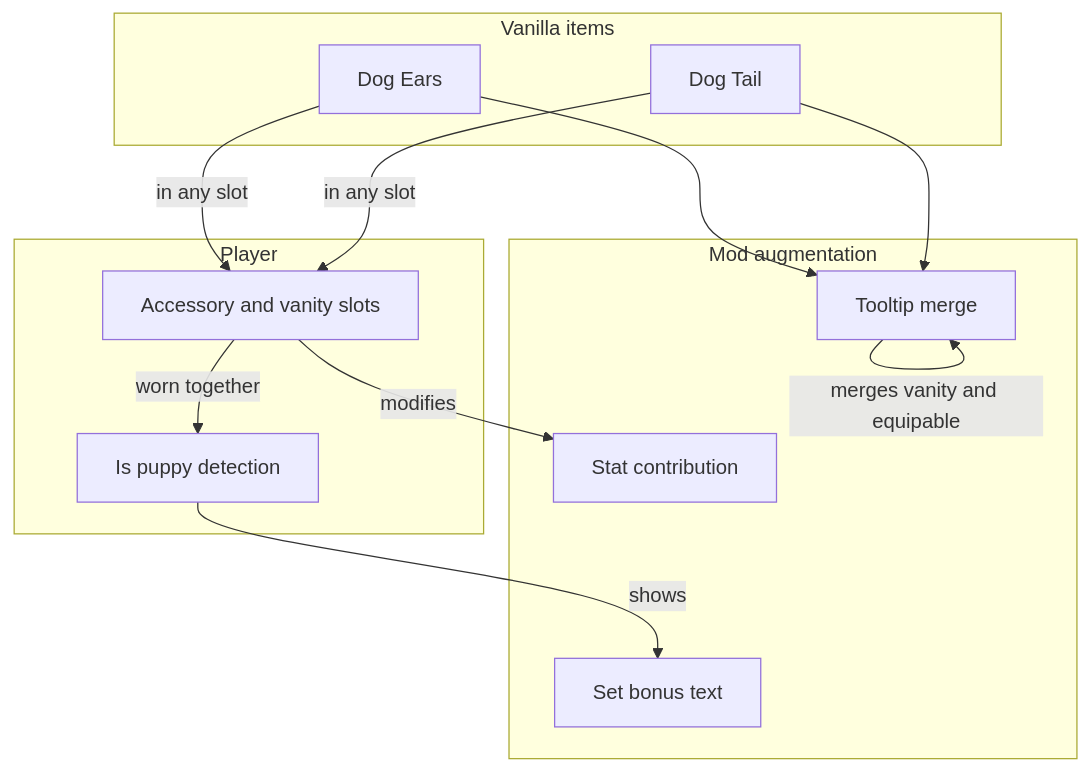
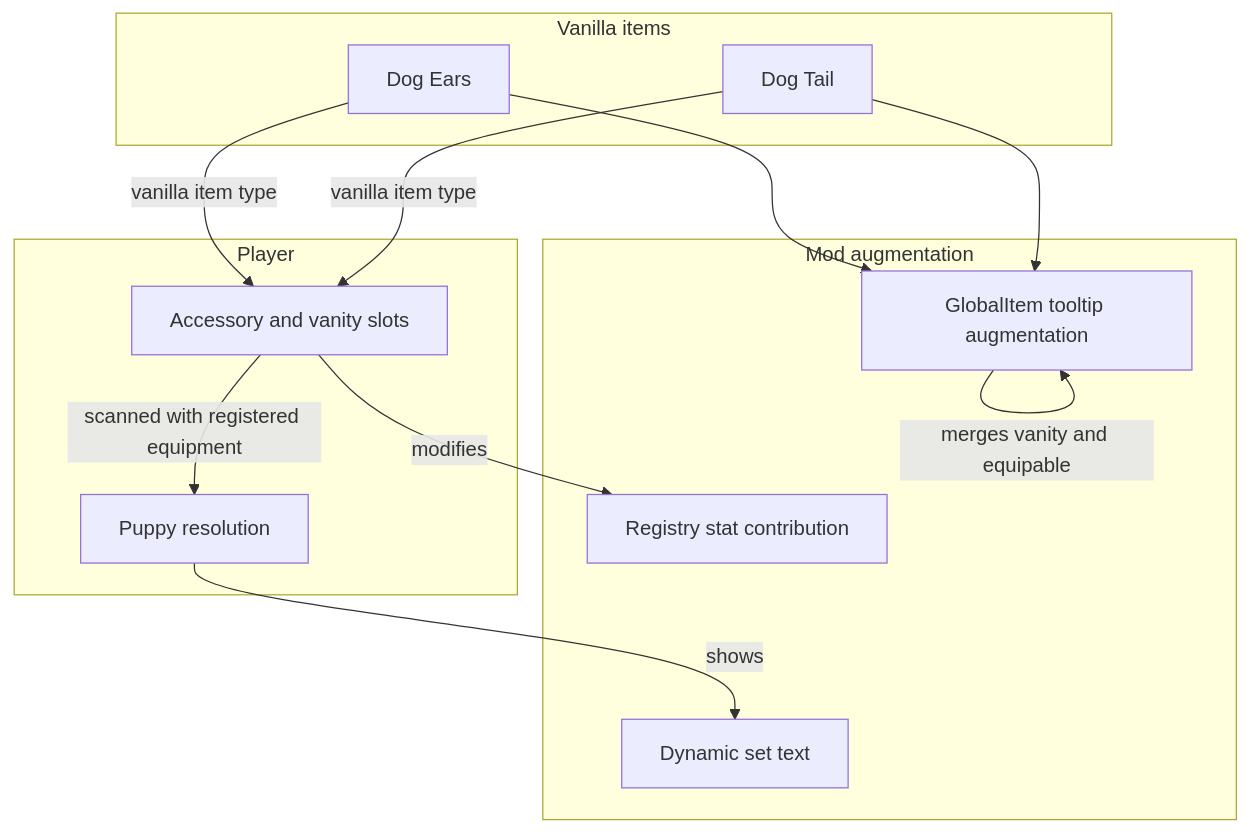
The diagram in docs/Vanilla-Item-Augmentation.md (POLA-LCS/PolasPuppyMod), drawn with Mermaid before and after one commit. The commit also changed other lines of this file and 7 other files, not shown here.

Commit message:
docs: update puppy set architecture and behavior

````diff
--- a/docs/Vanilla-Item-Augmentation.md
+++ b/docs/Vanilla-Item-Augmentation.md
@@ -7,27 +7,27 @@
 ```mermaid
 flowchart TB
     subgraph Vanilla[Vanilla items]
         Ears[Dog Ears]
         Tail[Dog Tail]
     end
 
     subgraph Augmentation[Mod augmentation]
-        Tooltip[Tooltip merge]
-        Bonus[Set bonus text]
-        Stat[Stat contribution]
+        Tooltip[GlobalItem tooltip augmentation]
+        Bonus[Dynamic set text]
+        Stat[Registry stat contribution]
     end
 
     subgraph Player[Player]
         Slots[Accessory and vanity slots]
-        IsPuppy[Is puppy detection]
+        IsPuppy[Puppy resolution]
     end
 
-    Ears -- "in any slot" --> Slots
-    Tail -- "in any slot" --> Slots
-    Slots -- "worn together" --> IsPuppy
+    Ears -- "vanilla item type" --> Slots
+    Tail -- "vanilla item type" --> Slots
+    Slots -- "scanned with registered equipment" --> IsPuppy
     IsPuppy -- "shows" --> Bonus
     Slots -- "modifies" --> Stat
     Ears --> Tooltip
     Tail --> Tooltip
     Tooltip -- "merges vanity and equipable" --> Tooltip
 ```
````
